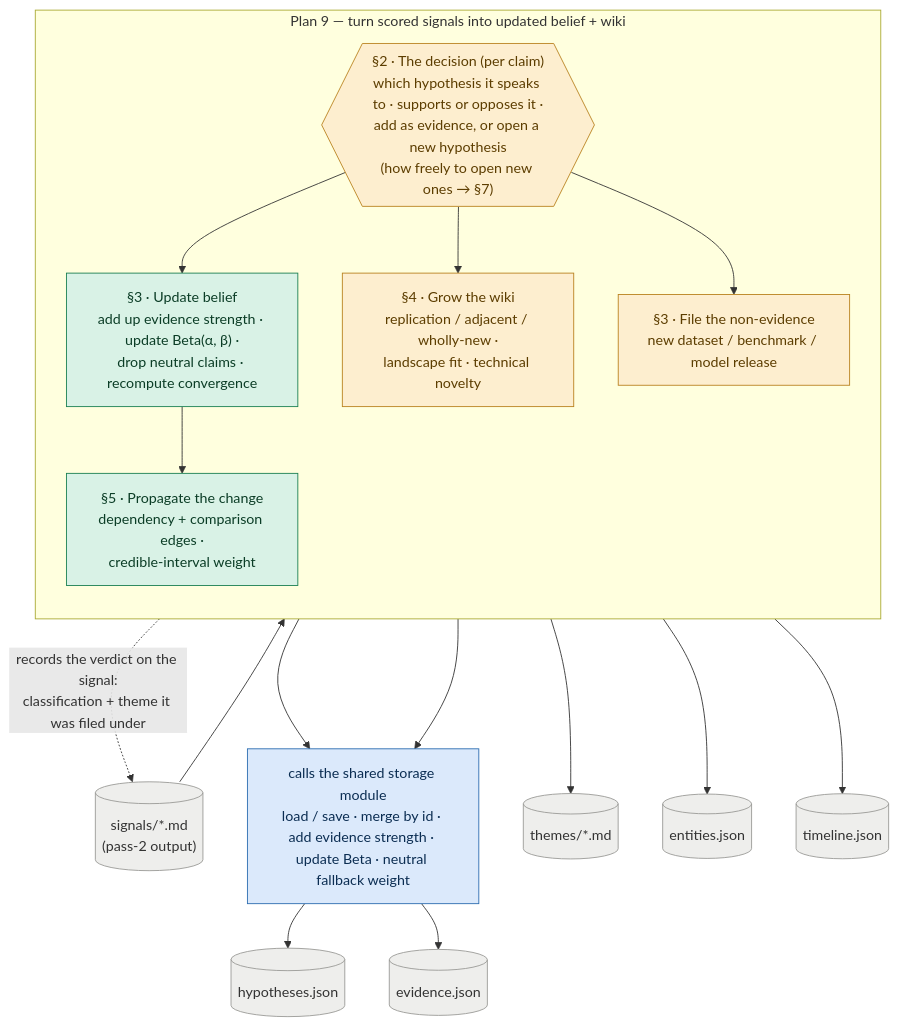
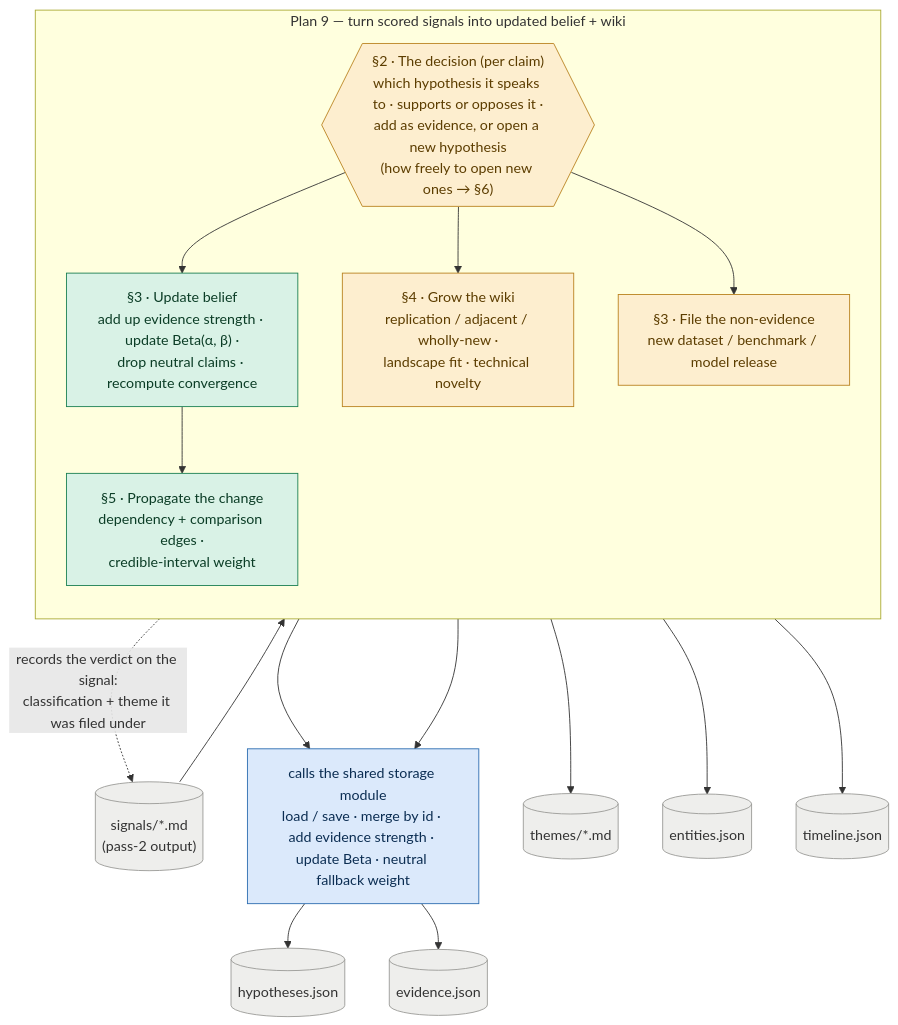
Before and after one commit to jmamath/distill: the diagram in docs/planning/backlog/9_knowledge_update_loop.md, drawn with Mermaid. The commit also changed other lines of this file, not shown here.

````diff
--- a/docs/planning/backlog/9_knowledge_update_loop.md
+++ b/docs/planning/backlog/9_knowledge_update_loop.md
@@ -17,35 +17,35 @@
 ```mermaid
 flowchart TB
     sig[("signals/*.md<br/>(pass-2 output)")]:::data
 
     subgraph p9["Plan 9 — turn scored signals into updated belief + wiki"]
         direction TB
-        decide{{"§2 · The decision (per claim)<br/>which hypothesis it speaks to · supports or opposes it ·<br/>add as evidence, or open a new hypothesis<br/>(how freely to open new ones → §7)"}}:::llm
+        decide{{"§2 · The decision (per claim)<br/>which hypothesis it speaks to · supports or opposes it ·<br/>add as evidence, or open a new hypothesis<br/>(how freely to open new ones → §6)"}}:::llm
 
         belief["§3 · Update belief<br/>add up evidence strength · update Beta(α, β) ·<br/>drop neutral claims · recompute convergence"]:::det
         route["§3 · File the non-evidence<br/>new dataset / benchmark / model release"]:::llm
         wiki["§4 · Grow the wiki<br/>replication / adjacent / wholly-new ·<br/>landscape fit · technical novelty"]:::llm
         prop["§5 · Propagate the change<br/>dependency + comparison edges ·<br/>credible-interval weight"]:::det
     end
 
     store["calls the shared storage module<br/>load / save · merge by id · add evidence strength · update Beta · neutral fallback weight"]:::store
 
     sig --> decide
     decide --> belief & wiki & route
     belief --> prop
 
     belief --> store
     prop --> store
     store --> hyp[("hypotheses.json")]:::data
     store --> ev[("evidence.json")]:::data
 
     wiki --> themes[("themes/*.md")]:::data
     wiki -. "records the verdict on the signal:<br/>classification + theme it was filed under" .-> sig
     route --> ent[("entities.json")]:::data
     route --> tl[("timeline.json")]:::data
 
     classDef llm fill:#fdeecf,stroke:#b9821f,color:#5c3d00;
     classDef det fill:#d9f2e6,stroke:#1a7f52,color:#0b3d26;
     classDef store fill:#dbe9fb,stroke:#2b6cb0,color:#0b2d52;
     classDef data fill:#eeeeec,stroke:#9a9a96,color:#333333;
 ```
````
